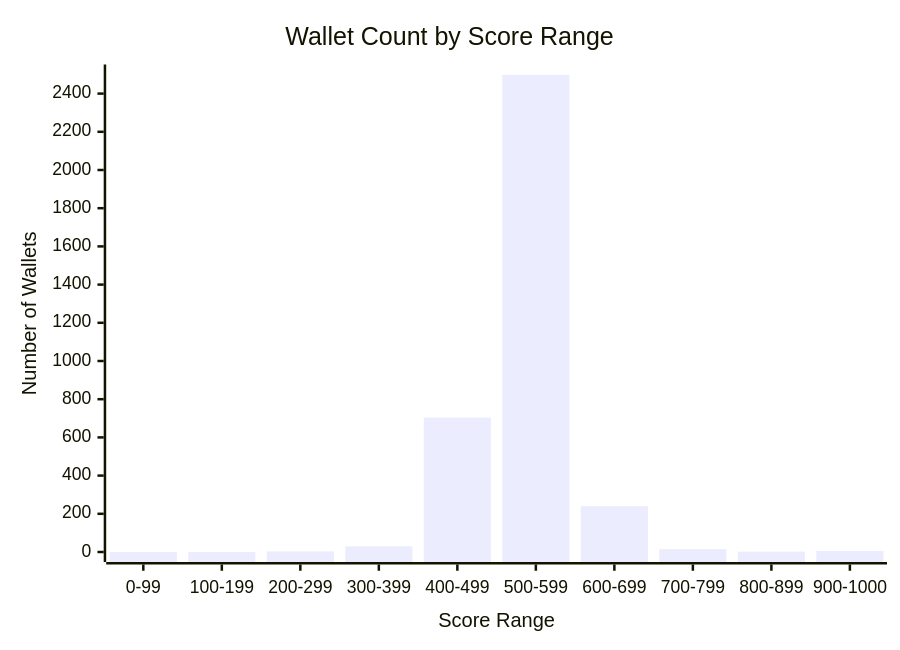
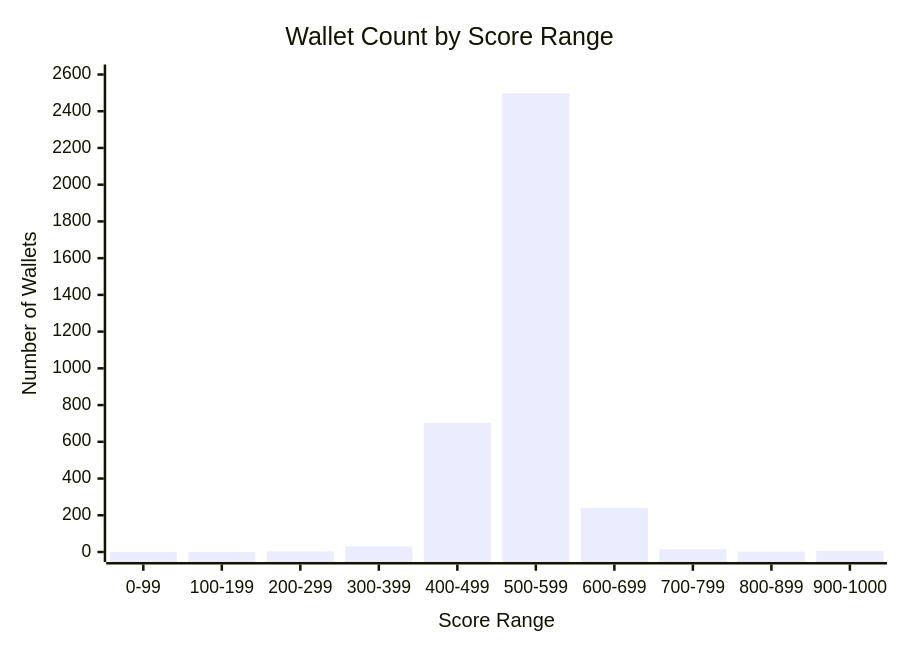
One commit to RohanRusta21/Zeru changed the second of 2 diagrams in analysis.md. Above: the diagram before and after it, drawn with Mermaid.

Commit message:
"minor changes"

````diff
--- a/analysis.md
+++ b/analysis.md
@@ -20,8 +20,8 @@
 ```mermaid
 
 xychart-beta
     title "Wallet Count by Score Range"
     x-axis "Score Range" [0-99, 100-199, 200-299, 300-399, 400-499, 500-599, 600-699, 700-799, 800-899, 900-1000]
-    y-axis "Number of Wallets" 0-->2500
+    y-axis "Number of Wallets" 0-->2600
     bar [0, 0, 3, 30, 704, 2498, 240, 15, 2, 5]
 ```
````
